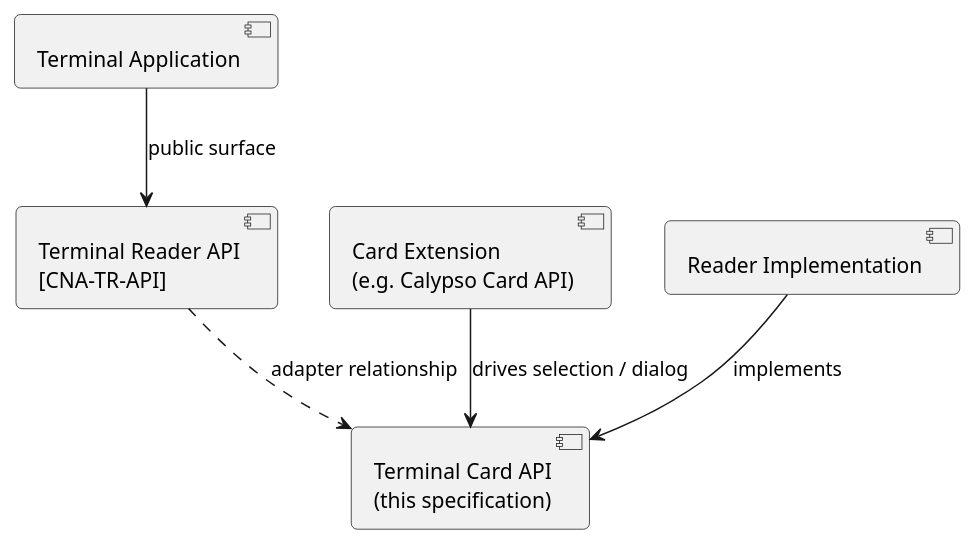
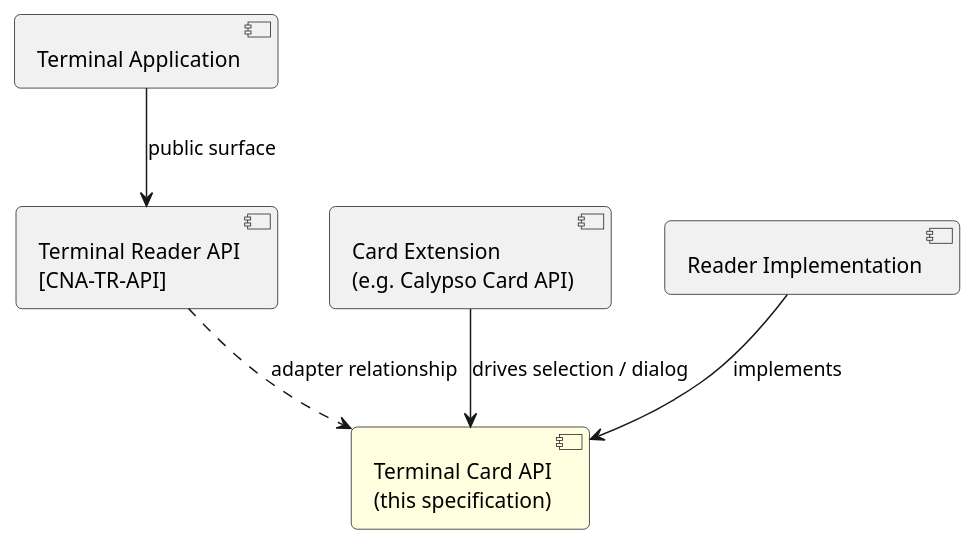
Before and after one commit to calypsonet/calypsonet-terminal-card-uml-api: the first of 2 diagrams in api_specification.adoc, drawn with PlantUML. The commit also changed other lines of this file, not shown here.

```diff
--- a/api_specification.adoc
+++ b/api_specification.adoc
@@ -266,18 +266,18 @@
 [plantuml, target=architecture-overview, format=svg]
 ....
 @startuml
 skinparam shadowing false
 skinparam roundCorner 8
 
 component "Terminal Application" as App
 component "Terminal Reader API\n[CNA-TR-API]" as TR
 component "Card Extension\n(e.g. Calypso Card API)" as Ext
-component "Terminal Card API\n(this specification)" as TC
+component "Terminal Card API\n(this specification)" as TC #LightYellow
 component "Reader Implementation" as Drv
 
 App --> TR : public surface
 Ext --> TC : drives selection / dialog
 TR  ..> TC : adapter relationship
 Drv --> TC : implements
 @enduml
 ....
```
